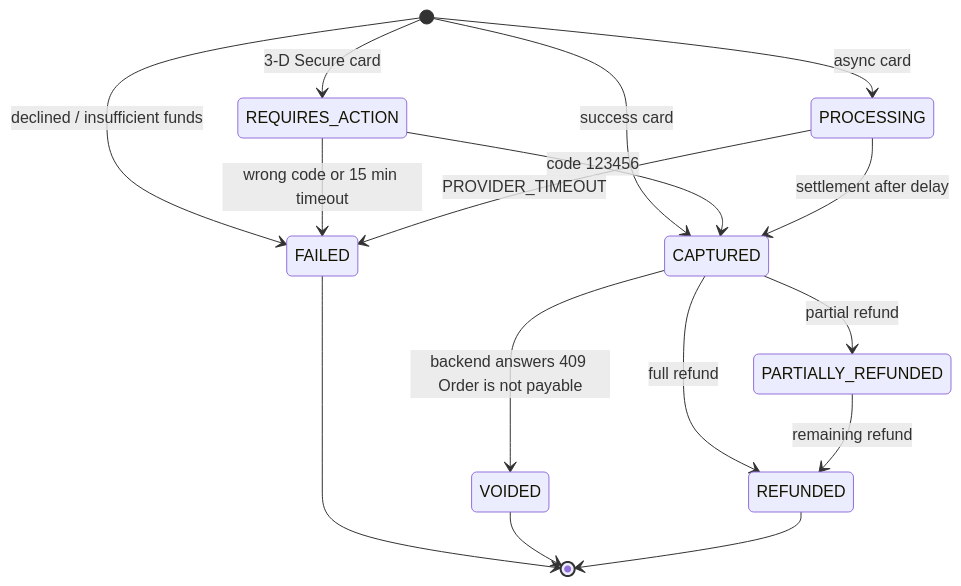
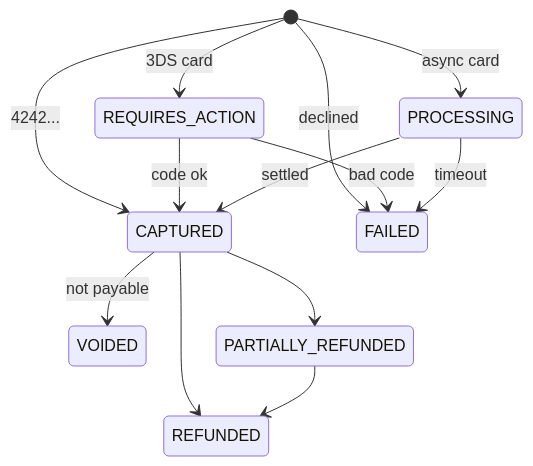
One commit to slawekradzyminski/awesome-localstack changed the first of 4 diagrams in docs-site/docs/flows/payments.md. Above: the diagram before and after it, drawn with Mermaid. The commit also changed other lines of this file and 27 other files, not shown here.

First line of the commit message:
Fix unrendered wiki diagrams and make every diagram readable

````diff
--- a/docs-site/docs/flows/payments.md
+++ b/docs-site/docs/flows/payments.md
@@ -47,18 +47,15 @@
 ```mermaid
 stateDiagram-v2
-    [*] --> CAPTURED: success card
-    [*] --> FAILED: declined / insufficient funds
-    [*] --> REQUIRES_ACTION: 3-D Secure card
+    [*] --> CAPTURED: 4242...
+    [*] --> FAILED: declined
+    [*] --> REQUIRES_ACTION: 3DS card
     [*] --> PROCESSING: async card
-    REQUIRES_ACTION --> CAPTURED: code 123456
-    REQUIRES_ACTION --> FAILED: wrong code or 15 min timeout
-    PROCESSING --> CAPTURED: settlement after delay
-    PROCESSING --> FAILED: PROVIDER_TIMEOUT
-    CAPTURED --> VOIDED: backend answers 409 Order is not payable
-    CAPTURED --> PARTIALLY_REFUNDED: partial refund
-    CAPTURED --> REFUNDED: full refund
-    PARTIALLY_REFUNDED --> REFUNDED: remaining refund
-    FAILED --> [*]
-    VOIDED --> [*]
-    REFUNDED --> [*]
+    REQUIRES_ACTION --> CAPTURED: code ok
+    REQUIRES_ACTION --> FAILED: bad code
+    PROCESSING --> CAPTURED: settled
+    PROCESSING --> FAILED: timeout
+    CAPTURED --> VOIDED: not payable
+    CAPTURED --> PARTIALLY_REFUNDED
+    CAPTURED --> REFUNDED
+    PARTIALLY_REFUNDED --> REFUNDED
 ```
````
